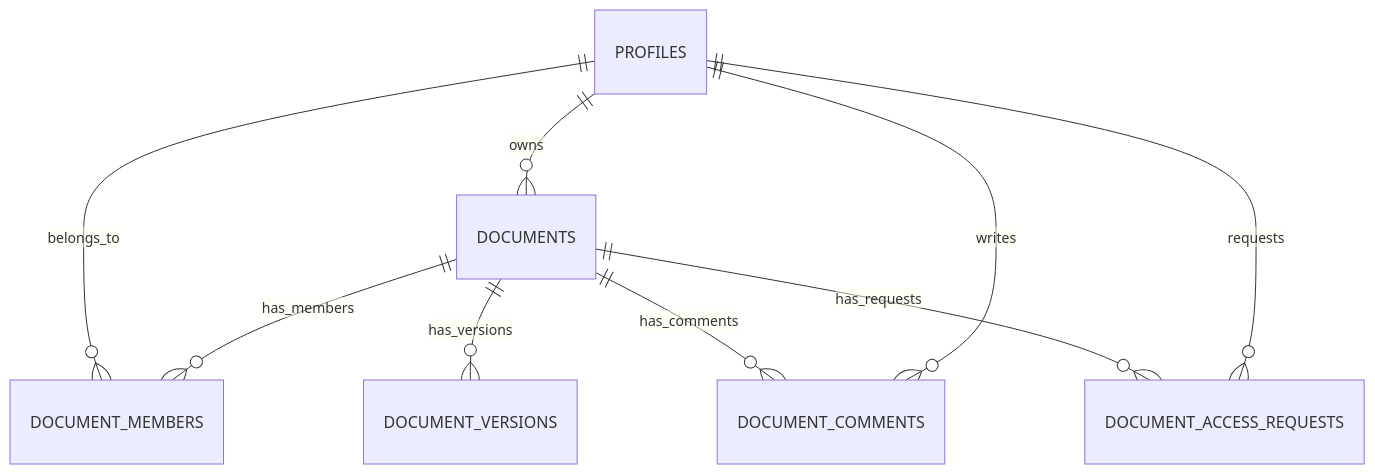
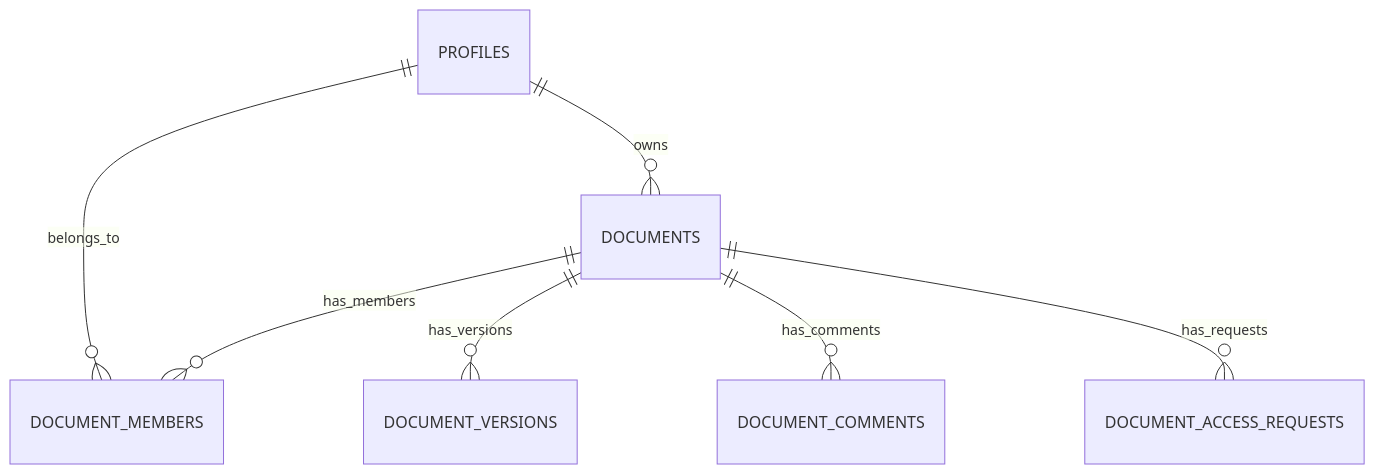
Before and after one commit to Sudhan1112/Lumina-Write-editor: the third of 3 diagrams in README.md, drawn with Mermaid. The commit also changed other lines of this file, not shown here.

Commit message:
Update README.md to enhance project description and clarify architecture and features of Lumina Write. Added sections on real-time collaboration, user capabilities, and detailed flow of document synchronization. Improved formatting and structure for better readability.

````diff
--- a/README.md
+++ b/README.md
@@ -209,11 +307,9 @@
 ```mermaid
 erDiagram
     PROFILES ||--o{ DOCUMENTS : owns
     PROFILES ||--o{ DOCUMENT_MEMBERS : belongs_to
     DOCUMENTS ||--o{ DOCUMENT_MEMBERS : has_members
     DOCUMENTS ||--o{ DOCUMENT_VERSIONS : has_versions
     DOCUMENTS ||--o{ DOCUMENT_COMMENTS : has_comments
     DOCUMENTS ||--o{ DOCUMENT_ACCESS_REQUESTS : has_requests
-    PROFILES ||--o{ DOCUMENT_COMMENTS : writes
-    PROFILES ||--o{ DOCUMENT_ACCESS_REQUESTS : requests
 ```
````
